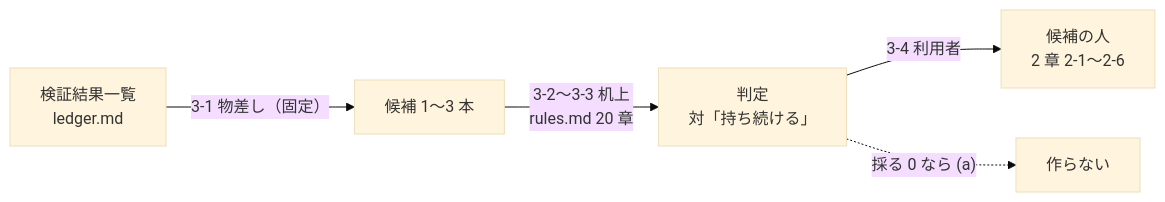
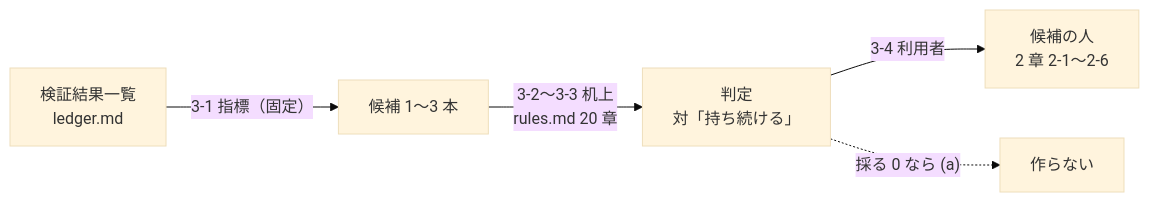
The fifth of 5 diagrams in docs/specs/howto-model-trader.md (akiraak/ai-income-lab), drawn with Mermaid (base theme) before and after one commit. The commit also changed other lines of this file and 45 other files, not shown here.

````diff
--- a/docs/specs/howto-model-trader.md
+++ b/docs/specs/howto-model-trader.md
@@ -167,7 +167,7 @@
 ```mermaid
 flowchart LR
-  L["検証結果一覧<br/>ledger.md"] -->|"3-1 物差し（固定）"| C["候補 1〜3 本"]
+  L["検証結果一覧<br/>ledger.md"] -->|"3-1 指標（固定）"| C["候補 1〜3 本"]
   C -->|"3-2〜3-3 机上<br/>rules.md 20 章"| J["判定<br/>対「持ち続ける」"]
   J -->|"3-4 利用者"| P["候補の人<br/>2 章 2-1〜2-6"]
   J -.->|"採る 0 なら (a)"| X["作らない"]
 ```
````
